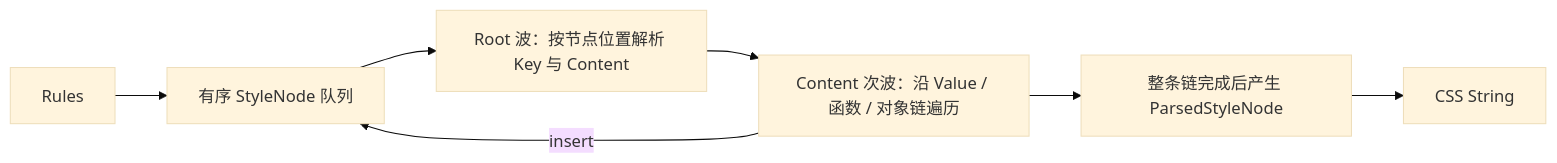
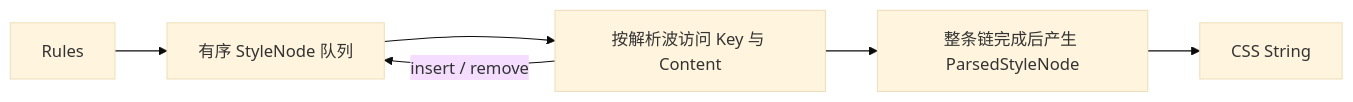
One commit to edsolater/uikit changed the diagram in src/style-system/doc/JSS样式节点树.md. Above: the diagram before and after it, drawn with Mermaid (base theme). The commit also changed other lines of this file and 18 other files, not shown here.

````diff
--- a/src/style-system/doc/JSS样式节点树.md
+++ b/src/style-system/doc/JSS样式节点树.md
@@ -22,9 +23,8 @@
 ```mermaid
 flowchart LR
   Rules[Rules] --> Queue[有序 StyleNode 队列]
-  Queue --> RootWave[Root 波：按节点位置解析 Key 与 Content]
-  RootWave --> ContentWave[Content 次波：沿 Value / 函数 / 对象链遍历]
-  ContentWave -->|insert| Queue
-  ContentWave --> Parsed[整条链完成后产生 ParsedStyleNode]
+  Queue --> Parse[按解析波访问 Key 与 Content]
+  Parse -->|insert / remove| Queue
+  Parse --> Parsed[整条链完成后产生 ParsedStyleNode]
   Parsed --> Output[CSS String]
 ```
````
